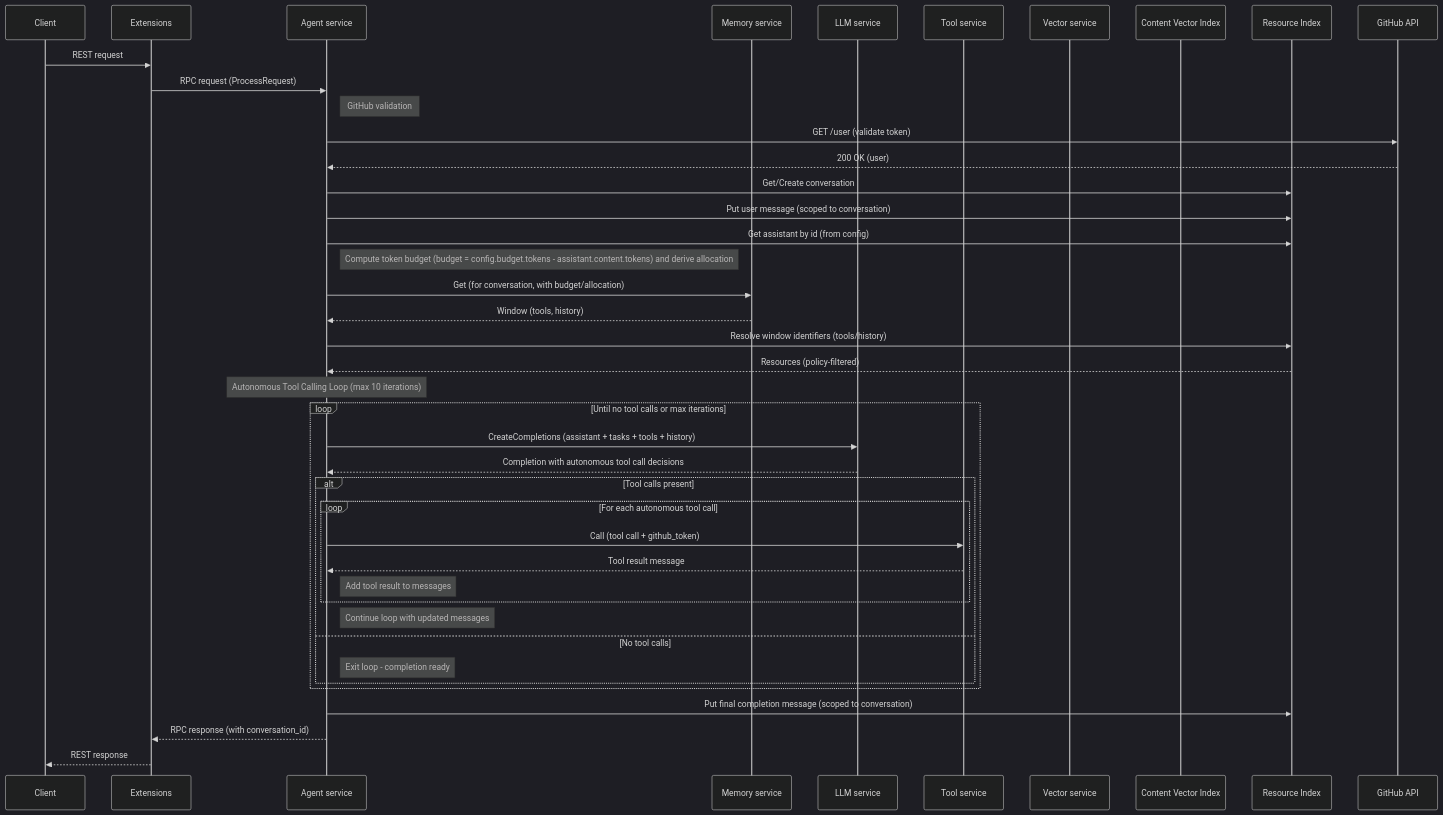
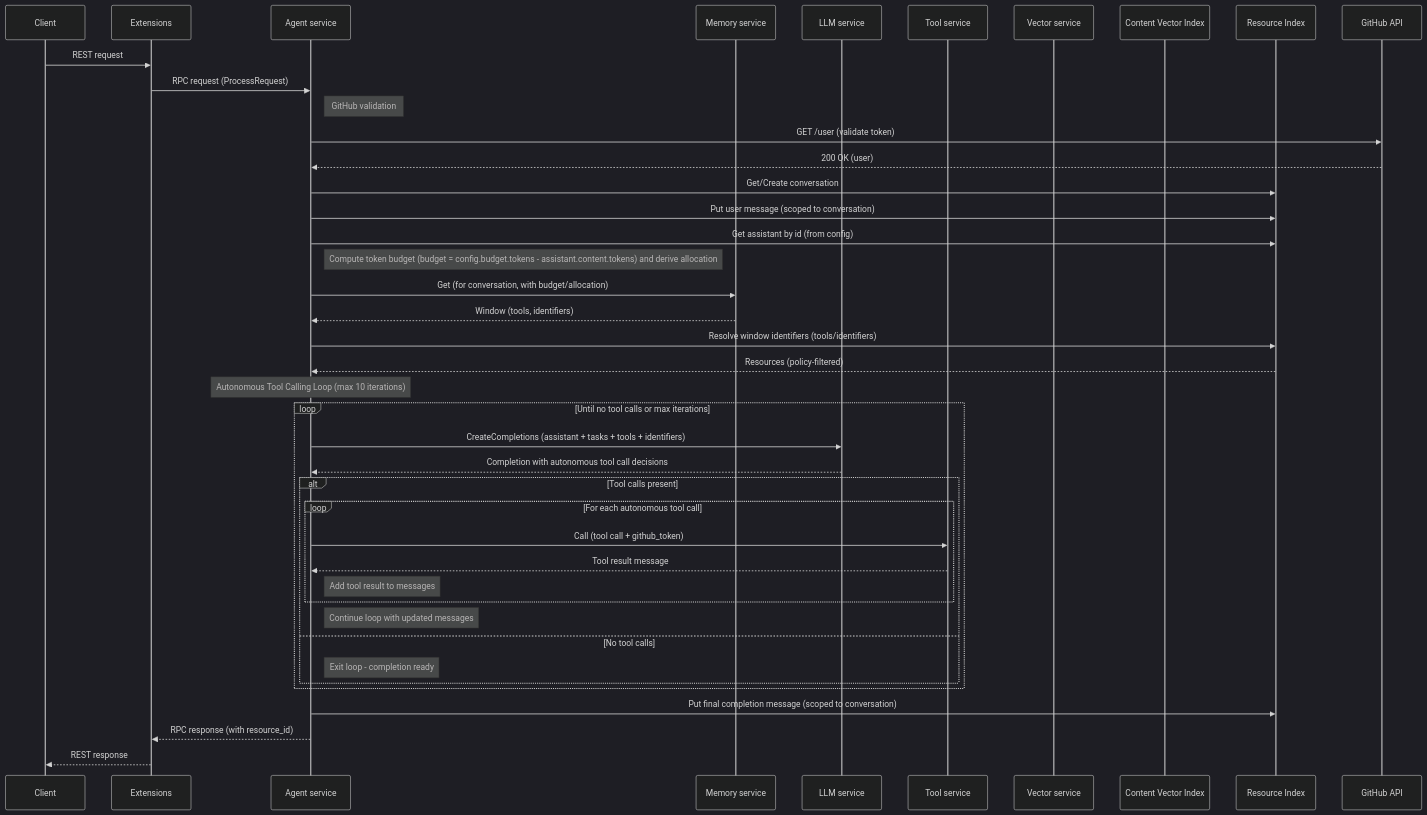
One commit to copilot-ld/copilot-ld changed the first of 3 diagrams in docs/architecture.md. Above: the diagram before and after it, drawn with Mermaid (dark theme). The commit also changed other lines of this file and 151 other files, not shown here.

````diff
--- a/docs/architecture.md
+++ b/docs/architecture.md
@@ -103,53 +104,53 @@
 ```mermaid
 sequenceDiagram
     participant Client
     participant Extension as Extensions
     participant Agent as Agent service
     participant Memory as Memory service
     participant LLM as LLM service
     participant Tool as Tool service
     participant Vector as Vector service
     participant ContentIndex as Content Vector Index
     participant ResourceIndex as Resource Index
     participant GitHub as GitHub API
 
     Client->>Extension: REST request
     Extension->>Agent: RPC request (ProcessRequest)
 
     Note right of Agent: GitHub validation
     Agent->>GitHub: GET /user (validate token)
     GitHub-->>Agent: 200 OK (user)
 
     Agent->>ResourceIndex: Get/Create conversation
     Agent->>ResourceIndex: Put user message (scoped to conversation)
     Agent->>ResourceIndex: Get assistant by id (from config)
     Note right of Agent: Compute token budget (budget = config.budget.tokens - assistant.content.tokens) and derive allocation
 
     Agent->>Memory: Get (for conversation, with budget/allocation)
-    Memory-->>Agent: Window (tools, history)
+    Memory-->>Agent: Window (tools, identifiers)
 
-    Agent->>ResourceIndex: Resolve window identifiers (tools/history)
+    Agent->>ResourceIndex: Resolve window identifiers (tools/identifiers)
     ResourceIndex-->>Agent: Resources (policy-filtered)
 
     Note over Agent: Autonomous Tool Calling Loop (max 10 iterations)
     loop Until no tool calls or max iterations
-        Agent->>LLM: CreateCompletions (assistant + tasks + tools + history)
+        Agent->>LLM: CreateCompletions (assistant + tasks + tools + identifiers)
         LLM-->>Agent: Completion with autonomous tool call decisions
 
         alt Tool calls present
             loop For each autonomous tool call
                 Agent->>Tool: Call (tool call + github_token)
                 Tool-->>Agent: Tool result message
                 Note right of Agent: Add tool result to messages
             end
             Note right of Agent: Continue loop with updated messages
         else No tool calls
             Note right of Agent: Exit loop - completion ready
         end
     end
 
     Agent->>ResourceIndex: Put final completion message (scoped to conversation)
 
-    Agent-->>Extension: RPC response (with conversation_id)
+    Agent-->>Extension: RPC response (with resource_id)
     Extension-->>Client: REST response
 ```
````
